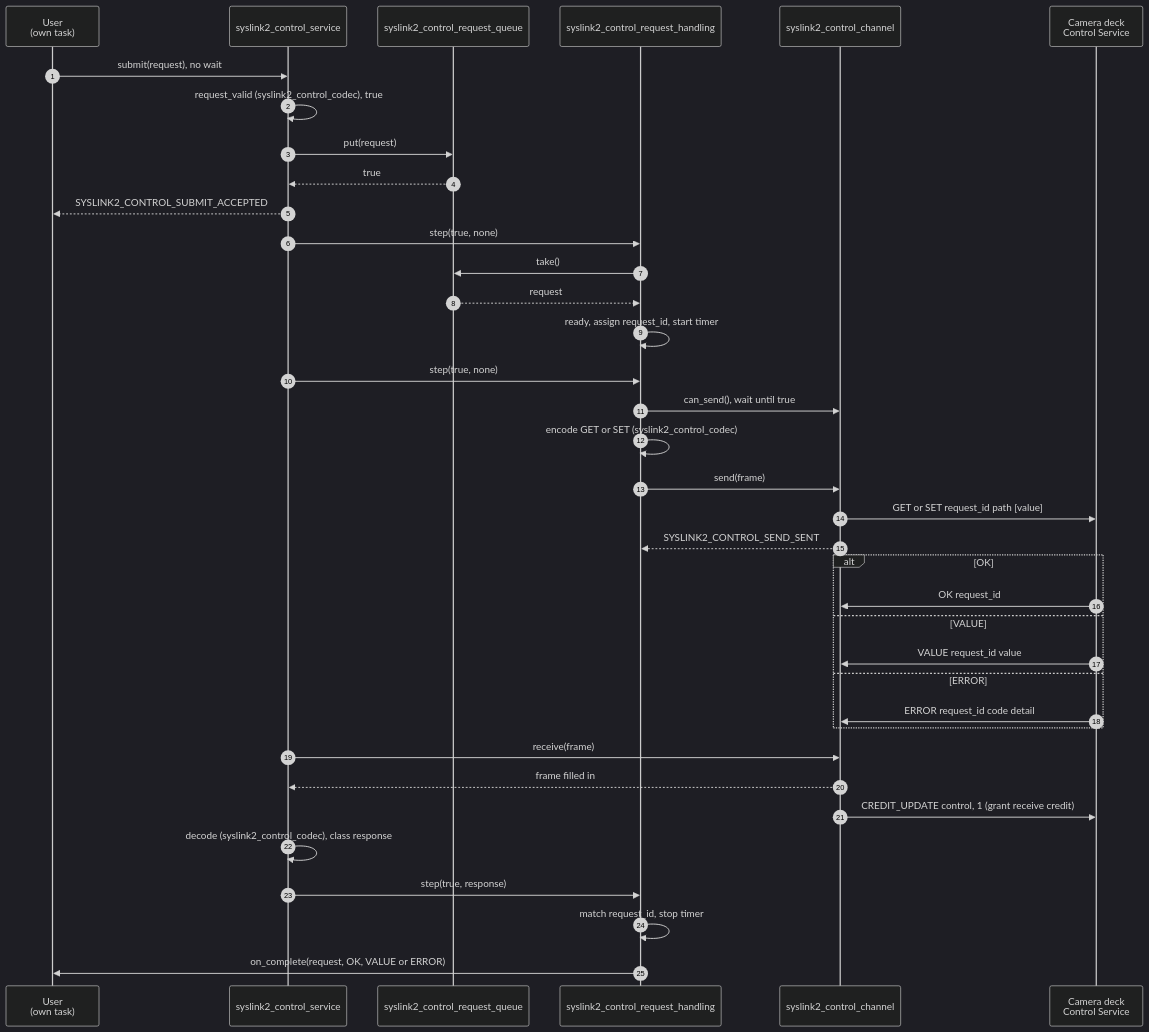
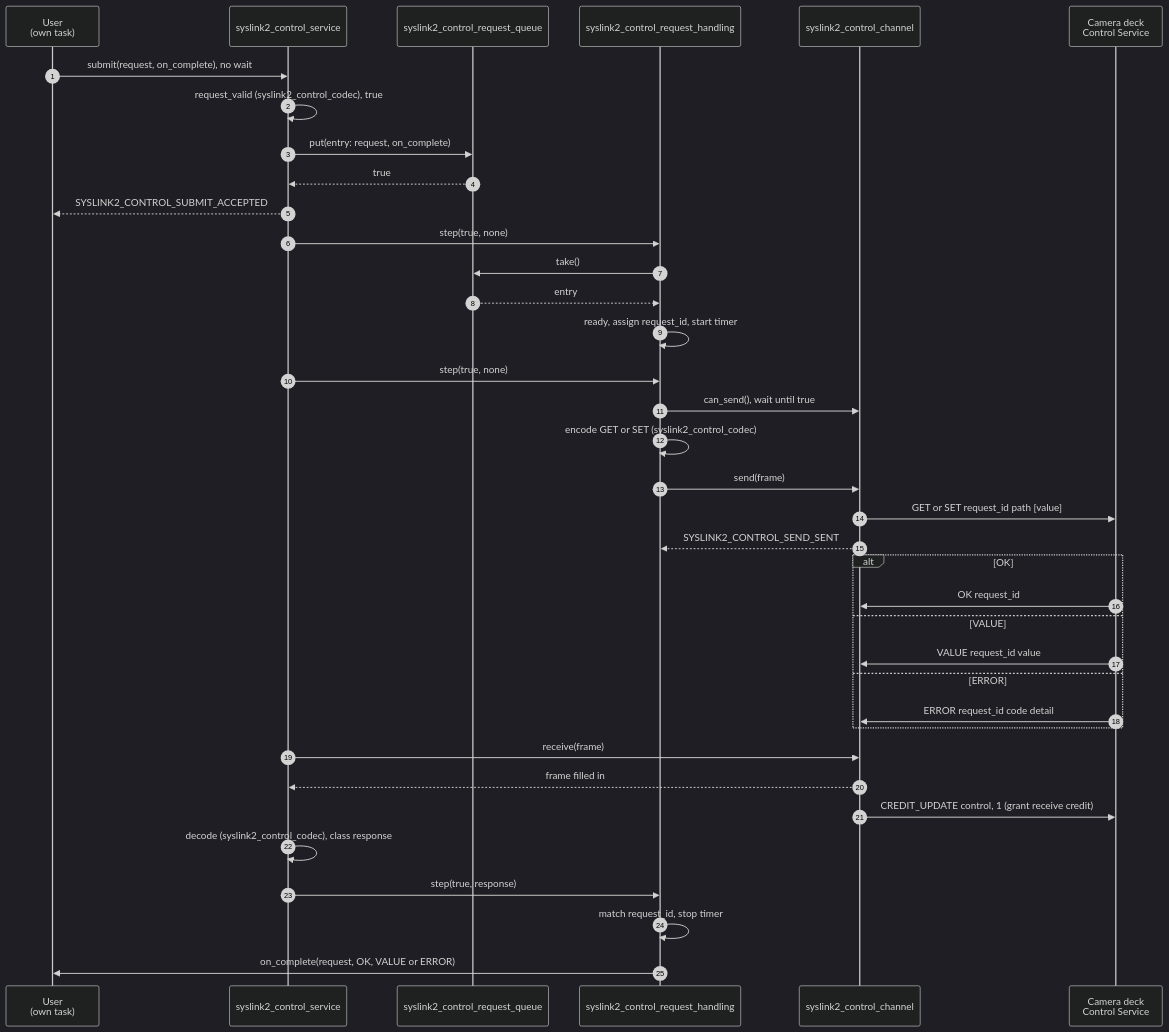
One commit to bitcraze/crazyflie-firmware changed the fifth of 10 diagrams in docs/functional-areas/camera-deck-control.md. Above: the diagram before and after it, drawn with Mermaid (dark theme). The commit also changed other lines of this file and 14 other files, not shown here.

````diff
--- a/docs/functional-areas/camera-deck-control.md
+++ b/docs/functional-areas/camera-deck-control.md
@@ -560,40 +605,40 @@
 ```mermaid
 sequenceDiagram
     autonumber
     participant U as User<br/>(own task)
     participant CS as syslink2_control_service
     participant Q as syslink2_control_request_queue
     participant H as syslink2_control_request_handling
     participant Ch as syslink2_control_channel
     participant D as Camera deck<br/>Control Service
 
-    U->>CS: submit(request), no wait
+    U->>CS: submit(request, on_complete), no wait
     CS->>CS: request_valid (syslink2_control_codec), true
-    CS->>Q: put(request)
+    CS->>Q: put(entry: request, on_complete)
     Q-->>CS: true
     CS-->>U: SYSLINK2_CONTROL_SUBMIT_ACCEPTED
     CS->>H: step(true, none)
     H->>Q: take()
-    Q-->>H: request
+    Q-->>H: entry
     H->>H: ready, assign request_id, start timer
     CS->>H: step(true, none)
     H->>Ch: can_send(), wait until true
     H->>H: encode GET or SET (syslink2_control_codec)
     H->>Ch: send(frame)
     Ch->>D: GET or SET request_id path [value]
     Ch-->>H: SYSLINK2_CONTROL_SEND_SENT
     alt OK
         D->>Ch: OK request_id
     else VALUE
         D->>Ch: VALUE request_id value
     else ERROR
         D->>Ch: ERROR request_id code detail
     end
     CS->>Ch: receive(frame)
     Ch-->>CS: frame filled in
     Ch->>D: CREDIT_UPDATE control, 1 (grant receive credit)
     CS->>CS: decode (syslink2_control_codec), class response
     CS->>H: step(true, response)
     H->>H: match request_id, stop timer
     H->>U: on_complete(request, OK, VALUE or ERROR)
 ```
````
